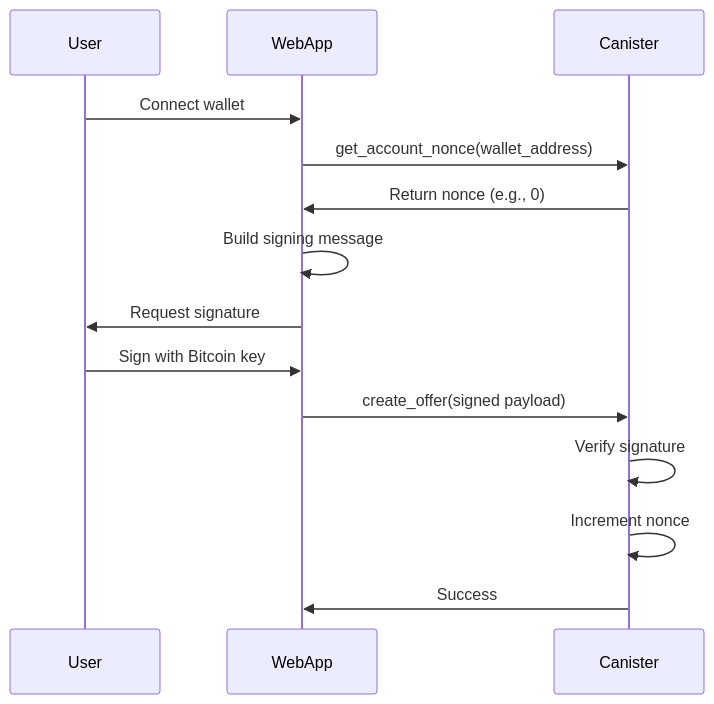
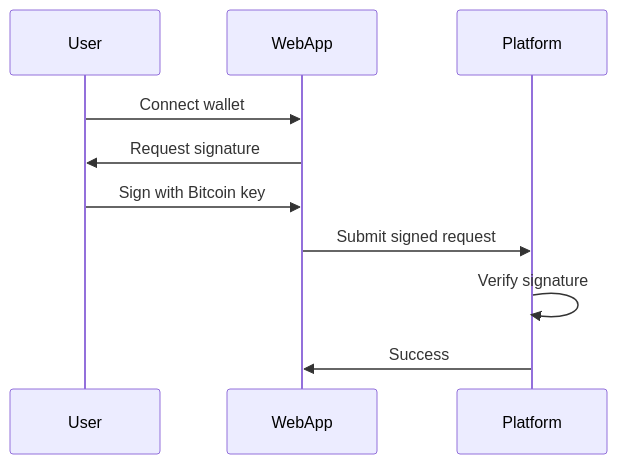
Before and after one commit to isometricfi/isometric-mono: the diagram in apps/docs/docs/architecture/authentication.md, drawn with Mermaid. The commit also changed other lines of this file and 9 other files, not shown here.

````diff
--- a/apps/docs/docs/architecture/authentication.md
+++ b/apps/docs/docs/architecture/authentication.md
@@ -24,17 +24,13 @@
 ```mermaid
 sequenceDiagram
     participant User
     participant WebApp
-    participant Canister
+    participant Platform
     
     User->>WebApp: Connect wallet
-    WebApp->>Canister: get_account_nonce(wallet_address)
-    Canister->>WebApp: Return nonce (e.g., 0)
-    WebApp->>WebApp: Build signing message
     WebApp->>User: Request signature
     User->>WebApp: Sign with Bitcoin key
-    WebApp->>Canister: create_offer(signed payload)
-    Canister->>Canister: Verify signature
-    Canister->>Canister: Increment nonce
-    Canister->>WebApp: Success
+    WebApp->>Platform: Submit signed request
+    Platform->>Platform: Verify signature
+    Platform->>WebApp: Success
 ```
````
